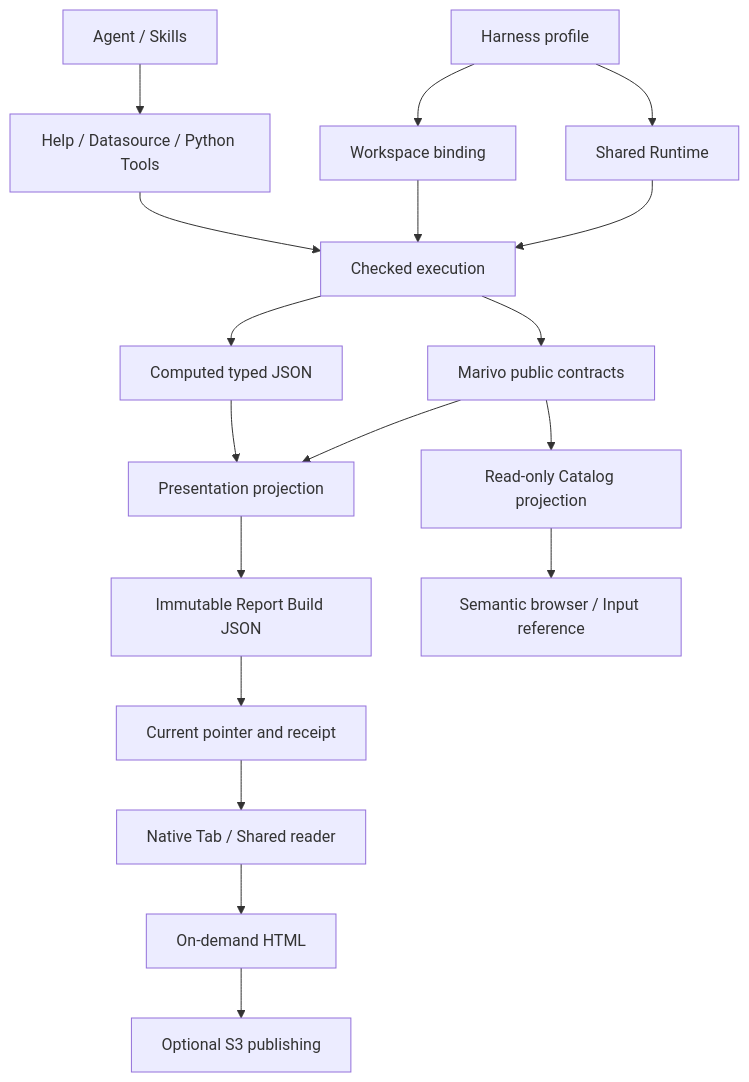
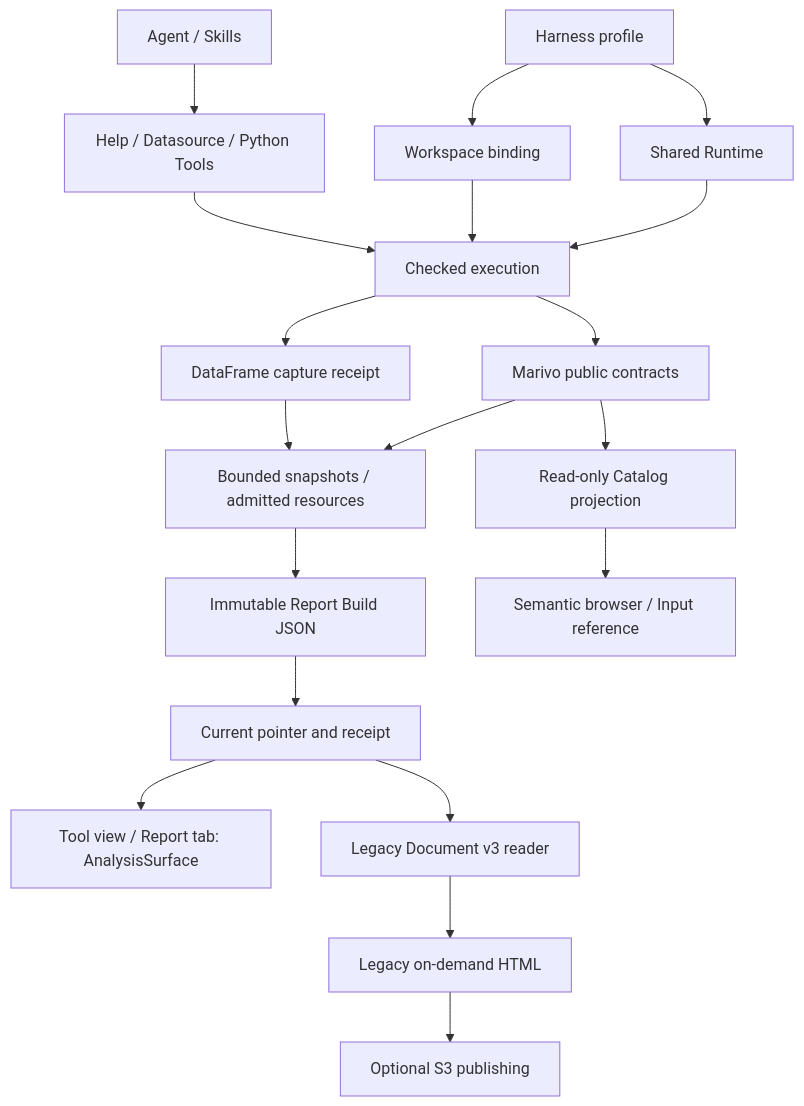
Before and after one commit to chengxianglibra/dsh-data-analysis: the diagram in docs/architecture.md, drawn with Mermaid. The commit also changed other lines of this file and 66 other files, not shown here.

````diff
--- a/docs/architecture.md
+++ b/docs/architecture.md
@@ -40,20 +46,21 @@
 ```mermaid
 flowchart TD
   H[Harness profile] --> R[Shared Runtime]
   H --> W[Workspace binding]
   R --> E[Checked execution]
   W --> E
   A[Agent / Skills] --> T[Help / Datasource / Python Tools]
   T --> E
   E --> M[Marivo public contracts]
-  E --> C[Computed typed JSON]
-  M --> P[Presentation projection]
+  E --> C[DataFrame capture receipt]
+  M --> P[Bounded snapshots / admitted resources]
   C --> P
   P --> B[Immutable Report Build JSON]
   B --> U[Current pointer and receipt]
-  U --> V[Native Tab / Shared reader]
-  V --> O[On-demand HTML]
+  U --> V[Tool view / Report tab: AnalysisSurface]
+  U --> L[Legacy Document v3 reader]
+  L --> O[Legacy on-demand HTML]
   O --> S[Optional S3 publishing]
   M --> Q[Read-only Catalog projection]
   Q --> I[Semantic browser / Input reference]
 ```
````
